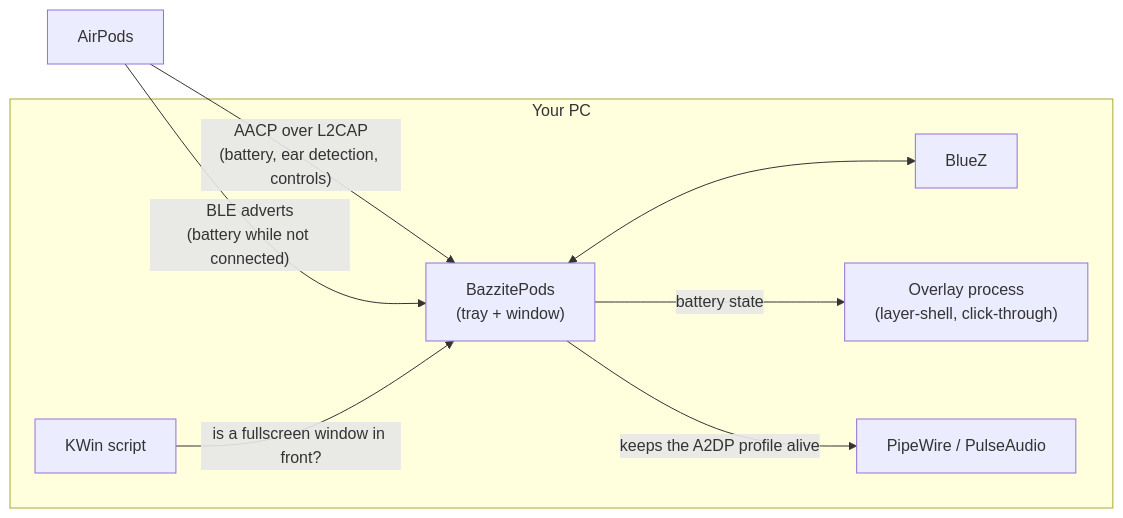
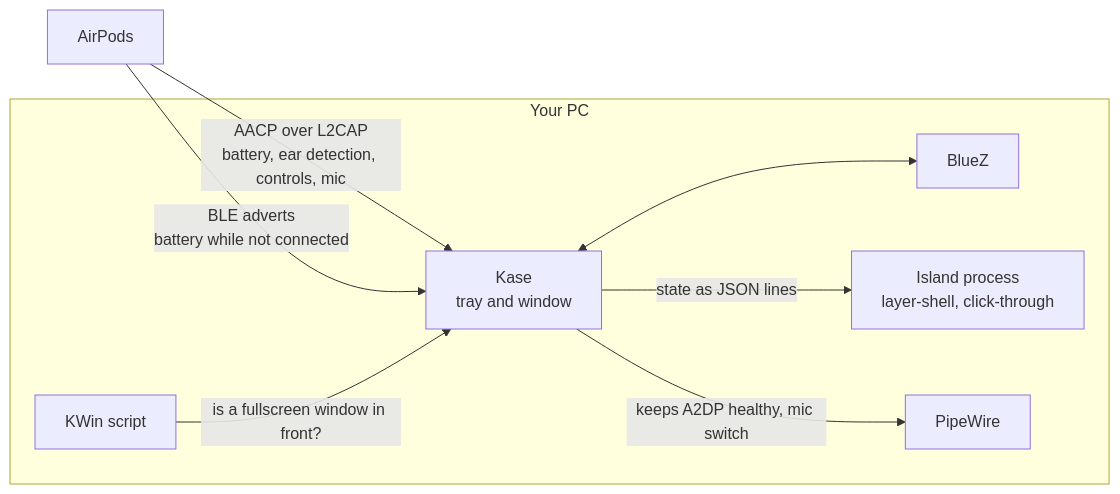
The diagram in README.md (DaBarkle/bazzitepods), drawn with Mermaid before and after one commit. The commit also changed other lines of this file and 35 other files, not shown here.

````diff
--- a/README.md
+++ b/README.md
@@ -125,16 +372,16 @@
 ```mermaid
 flowchart LR
-    AP["AirPods"] -- "AACP over L2CAP<br/>(battery, ear detection, controls)" --> APP
-    AP -- "BLE adverts<br/>(battery while not connected)" --> APP
+    AP["AirPods"] -- "AACP over L2CAP<br/>battery, ear detection, controls, mic" --> APP
+    AP -- "BLE adverts<br/>battery while not connected" --> APP
     subgraph PC["Your PC"]
         BZ["BlueZ"]
-        APP["BazzitePods<br/>(tray + window)"]
-        OV["Overlay process<br/>(layer-shell, click-through)"]
+        APP["Kase<br/>tray and window"]
+        OV["Island process<br/>layer-shell, click-through"]
         KW["KWin script"]
-        PW["PipeWire / PulseAudio"]
+        PW["PipeWire"]
     end
     APP <--> BZ
-    APP -- "battery state" --> OV
+    APP -- "state as JSON lines" --> OV
     KW -- "is a fullscreen window in front?" --> APP
-    APP -- "keeps the A2DP profile alive" --> PW
+    APP -- "keeps A2DP healthy, mic switch" --> PW
 ```
````
